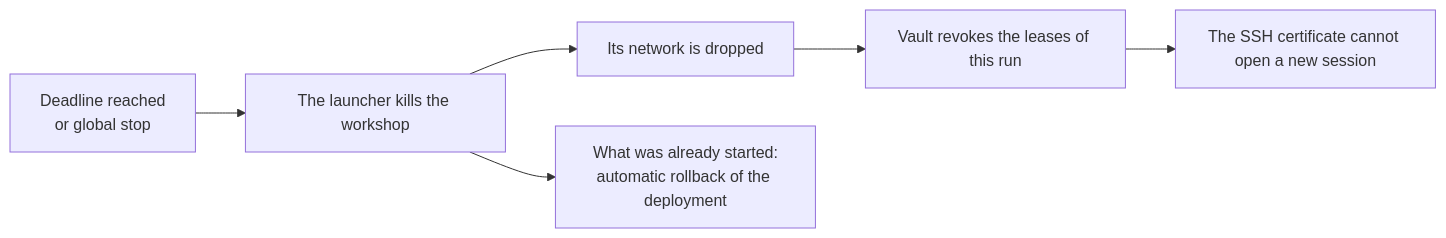
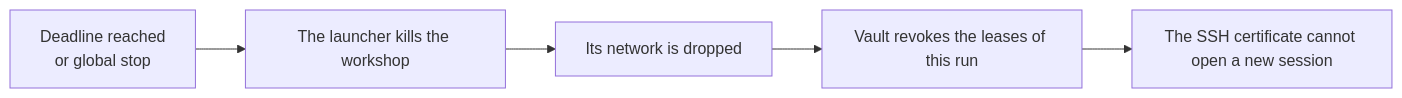
The third of 3 diagrams in docs/security-model.md (MafLabs38/orchestrarr), drawn with Mermaid before and after one commit. The commit also changed other lines of this file and 2 other files, not shown here.

First line of the commit message:
docs(security-model): say what is proposed, what is in review and what is built

````diff
--- a/docs/security-model.md
+++ b/docs/security-model.md
@@ -106,12 +109,10 @@
 ```mermaid
 flowchart LR
   trigger["Deadline reached<br/>or global stop"]
   kill["The launcher kills the workshop"]
   net["Its network is dropped"]
   lease["Vault revokes the leases of this run"]
   cert["The SSH certificate cannot open a new session"]
-  rollback["What was already started:<br/>automatic rollback of the deployment"]
 
   trigger --> kill --> net --> lease --> cert
-  kill --> rollback
 ```
````
